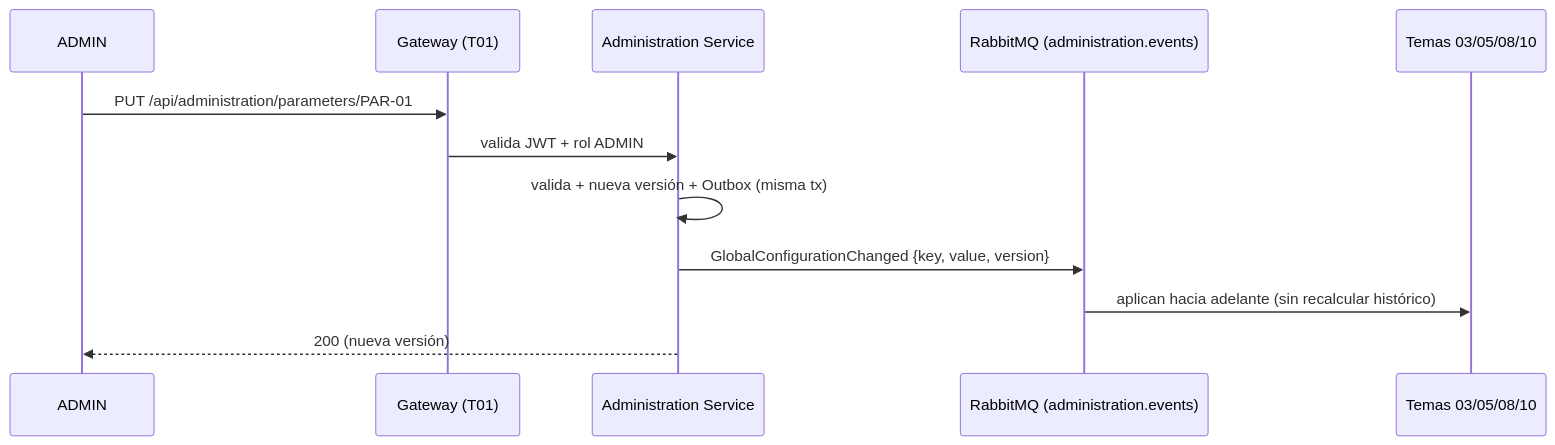
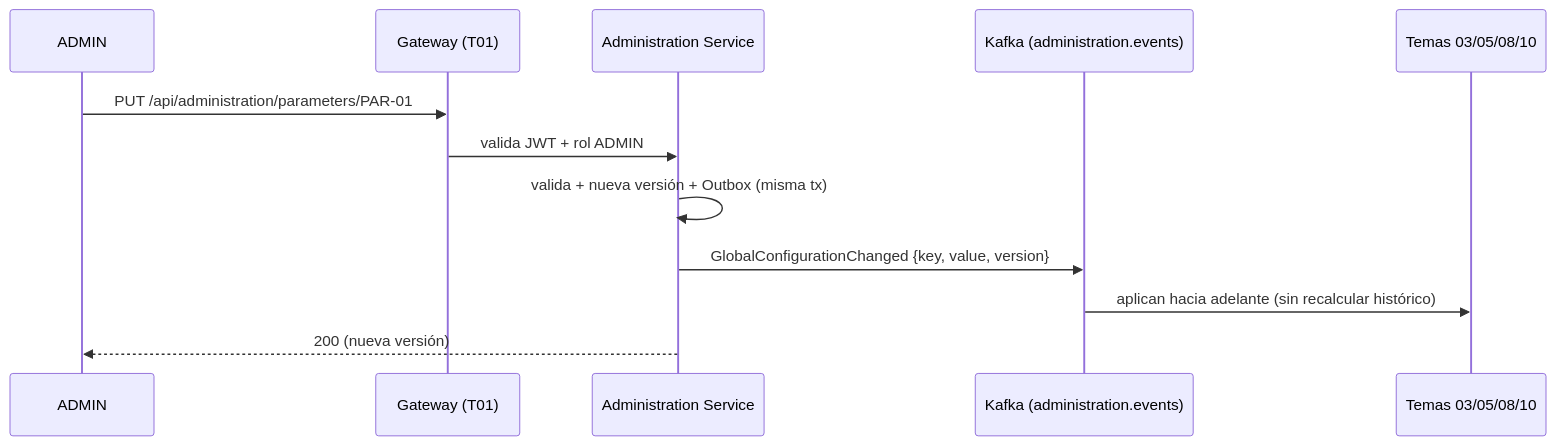
One commit to 2W2-114324-Carballo-Juarez-Mateo/backoffice-docs changed the diagram in docs/msii/tareas/registro-parametros.md. Above: the diagram before and after it, drawn with Mermaid. The commit also changed other lines of this file and 20 other files, not shown here.

Commit message:
refactor: volver a Apache Kafka como broker (decisión de plataforma con Notificaciones/Banco); RabbitMQ como alternativa

````diff
--- a/docs/msii/tareas/registro-parametros.md
+++ b/docs/msii/tareas/registro-parametros.md
@@ -23,15 +23,15 @@
 ```mermaid
 sequenceDiagram
     participant A as ADMIN
     participant GW as Gateway (T01)
     participant AD as Administration Service
-    participant K as RabbitMQ (administration.events)
+    participant K as Kafka (administration.events)
     participant T as Temas 03/05/08/10
 
     A->>GW: PUT /api/administration/parameters/PAR-01
     GW->>AD: valida JWT + rol ADMIN
     AD->>AD: valida + nueva versión + Outbox (misma tx)
     AD->>K: GlobalConfigurationChanged {key, value, version}
     K->>T: aplican hacia adelante (sin recalcular histórico)
     AD-->>A: 200 (nueva versión)
 ```
````
